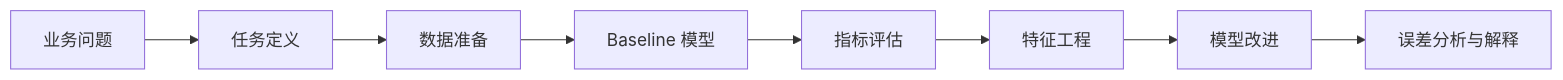
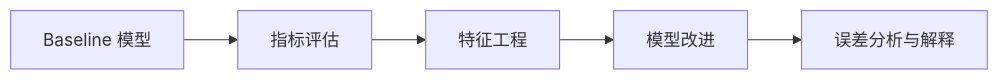
The fourth of 4 diagrams in docs/stage4/index.md (oudbiao/AI-fullstack-course), drawn with Mermaid before and after one commit. The commit also changed other lines of this file and 139 other files, not shown here.

````diff
--- a/docs/stage4/index.md
+++ b/docs/stage4/index.md
@@ -58,10 +69,7 @@
 ```mermaid
 flowchart LR
-  A[业务问题] --> B[任务定义]
-  B --> C[数据准备]
-  C --> D[Baseline 模型]
-  D --> E[指标评估]
+  D[Baseline 模型] --> E[指标评估]
   E --> F[特征工程]
   F --> G[模型改进]
   G --> H[误差分析与解释]
 ```
````
